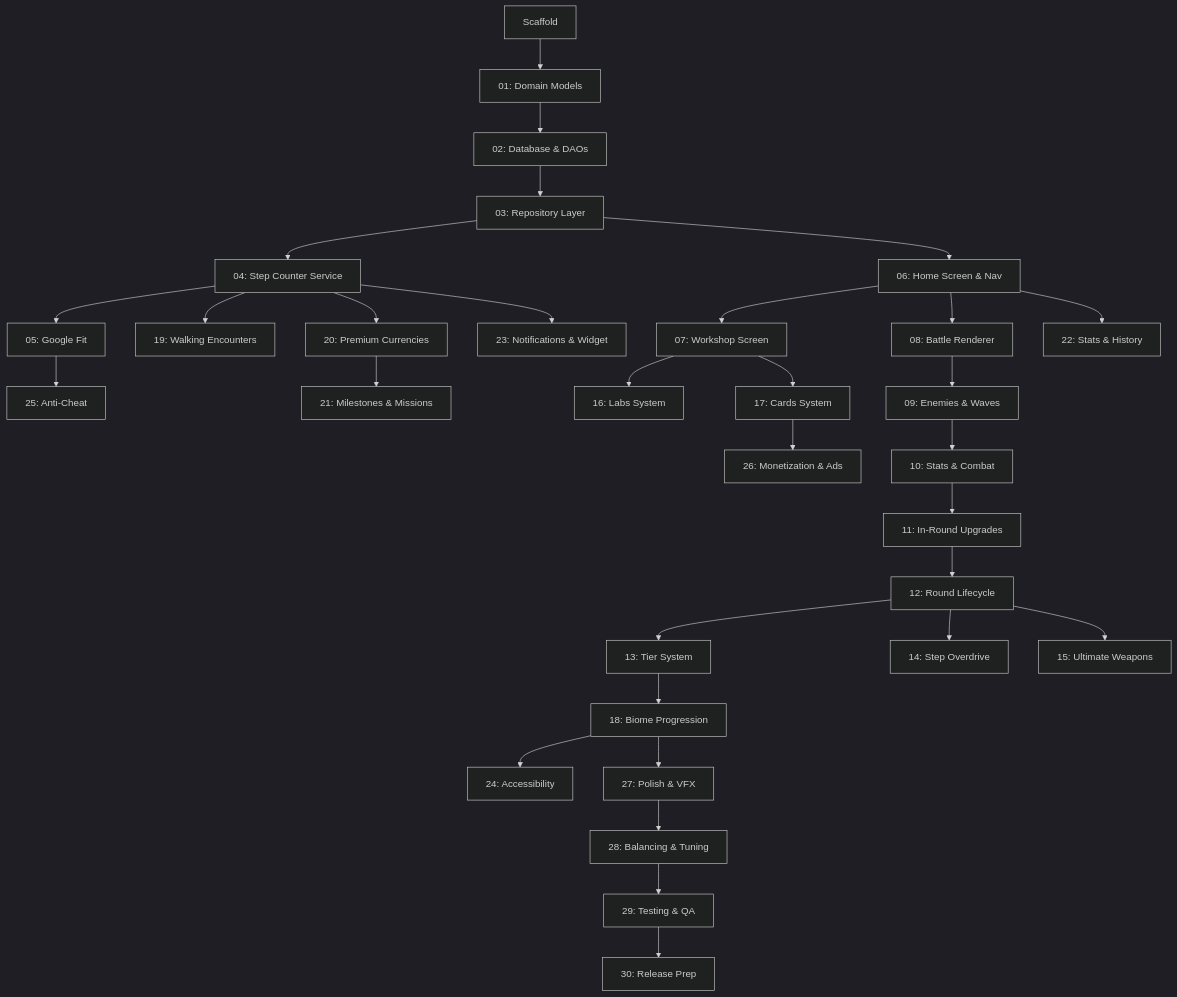
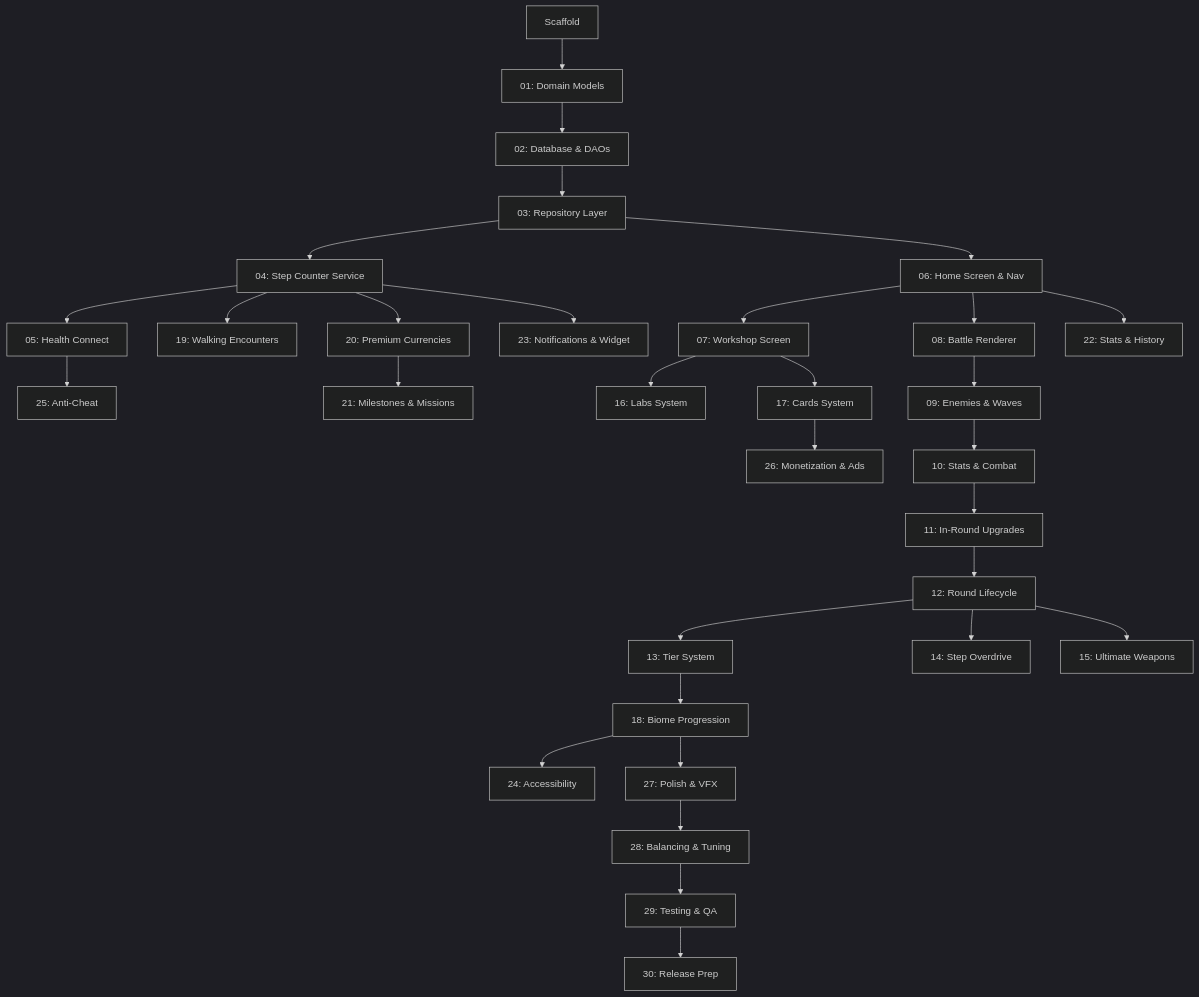
The diagram in AGENTS.md (JonWhiteFang/steps-of-bablylon), drawn with Mermaid (dark theme) before and after one commit. The commit also changed other lines of this file and 32 other files, not shown here.

````diff
--- a/AGENTS.md
+++ b/AGENTS.md
@@ -117,33 +117,33 @@
 ```mermaid
 graph TD
     S[Scaffold] --> P01[01: Domain Models]
     P01 --> P02[02: Database & DAOs]
     P02 --> P03[03: Repository Layer]
     P03 --> P04[04: Step Counter Service]
     P03 --> P06[06: Home Screen & Nav]
-    P04 --> P05[05: Google Fit]
+    P04 --> P05[05: Health Connect]
     P04 --> P19[19: Walking Encounters]
     P04 --> P20[20: Premium Currencies]
     P04 --> P23[23: Notifications & Widget]
     P05 --> P25[25: Anti-Cheat]
     P06 --> P07[07: Workshop Screen]
     P06 --> P08[08: Battle Renderer]
     P06 --> P22[22: Stats & History]
     P07 --> P16[16: Labs System]
     P07 --> P17[17: Cards System]
     P08 --> P09[09: Enemies & Waves]
     P09 --> P10[10: Stats & Combat]
     P10 --> P11[11: In-Round Upgrades]
     P11 --> P12[12: Round Lifecycle]
     P12 --> P13[13: Tier System]
     P12 --> P14[14: Step Overdrive]
     P12 --> P15[15: Ultimate Weapons]
     P13 --> P18[18: Biome Progression]
     P17 --> P26[26: Monetization & Ads]
     P18 --> P24[24: Accessibility]
     P18 --> P27[27: Polish & VFX]
     P20 --> P21[21: Milestones & Missions]
     P27 --> P28[28: Balancing & Tuning]
     P28 --> P29[29: Testing & QA]
     P29 --> P30[30: Release Prep]
 ```
````
